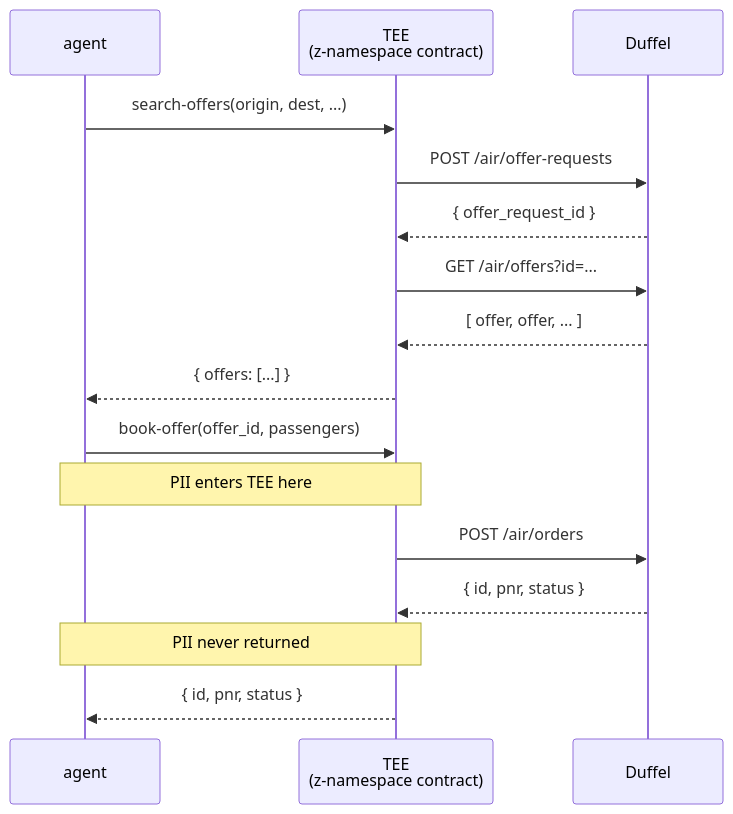
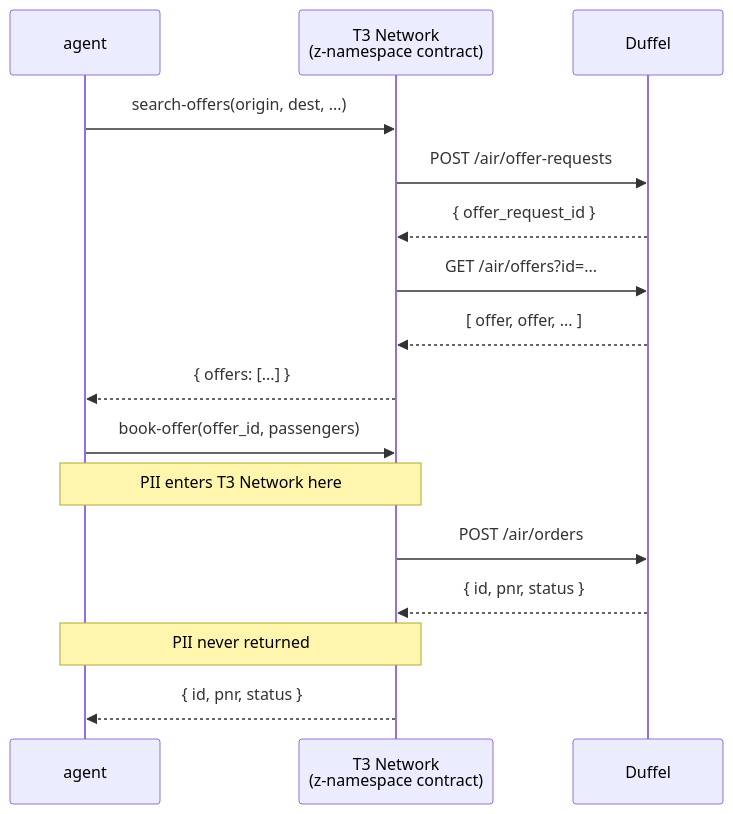
The diagram in README.md (Terminal-3/z-tenant-flight), drawn with Mermaid before and after one commit.

Commit message:
docs: rename architecture diagram network

````diff
--- a/README.md
+++ b/README.md
@@ -113,20 +113,20 @@
 ```mermaid
 sequenceDiagram
     participant Agent as agent
-    participant TEE as TEE<br/>(z-namespace contract)
+    participant T3Network as T3 Network<br/>(z-namespace contract)
     participant Duffel
 
-    Agent->>TEE: search-offers(origin, dest, ...)
-    TEE->>Duffel: POST /air/offer-requests
-    Duffel-->>TEE: { offer_request_id }
-    TEE->>Duffel: GET /air/offers?id=...
-    Duffel-->>TEE: [ offer, offer, ... ]
-    TEE-->>Agent: { offers: [...] }
+    Agent->>T3Network: search-offers(origin, dest, ...)
+    T3Network->>Duffel: POST /air/offer-requests
+    Duffel-->>T3Network: { offer_request_id }
+    T3Network->>Duffel: GET /air/offers?id=...
+    Duffel-->>T3Network: [ offer, offer, ... ]
+    T3Network-->>Agent: { offers: [...] }
 
-    Agent->>TEE: book-offer(offer_id, passengers)
-    Note over Agent,TEE: PII enters TEE here
-    TEE->>Duffel: POST /air/orders
-    Duffel-->>TEE: { id, pnr, status }
-    Note over Agent,TEE: PII never returned
-    TEE-->>Agent: { id, pnr, status }
+    Agent->>T3Network: book-offer(offer_id, passengers)
+    Note over Agent,T3Network: PII enters T3 Network here
+    T3Network->>Duffel: POST /air/orders
+    Duffel-->>T3Network: { id, pnr, status }
+    Note over Agent,T3Network: PII never returned
+    T3Network-->>Agent: { id, pnr, status }
 ```
````
